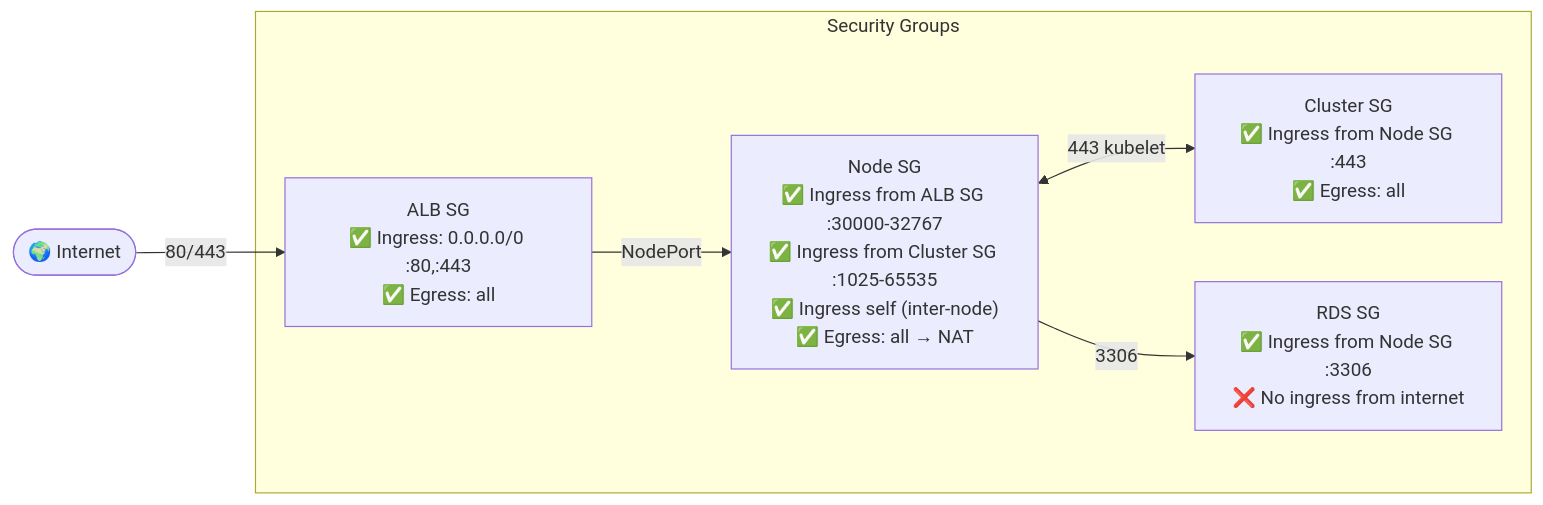
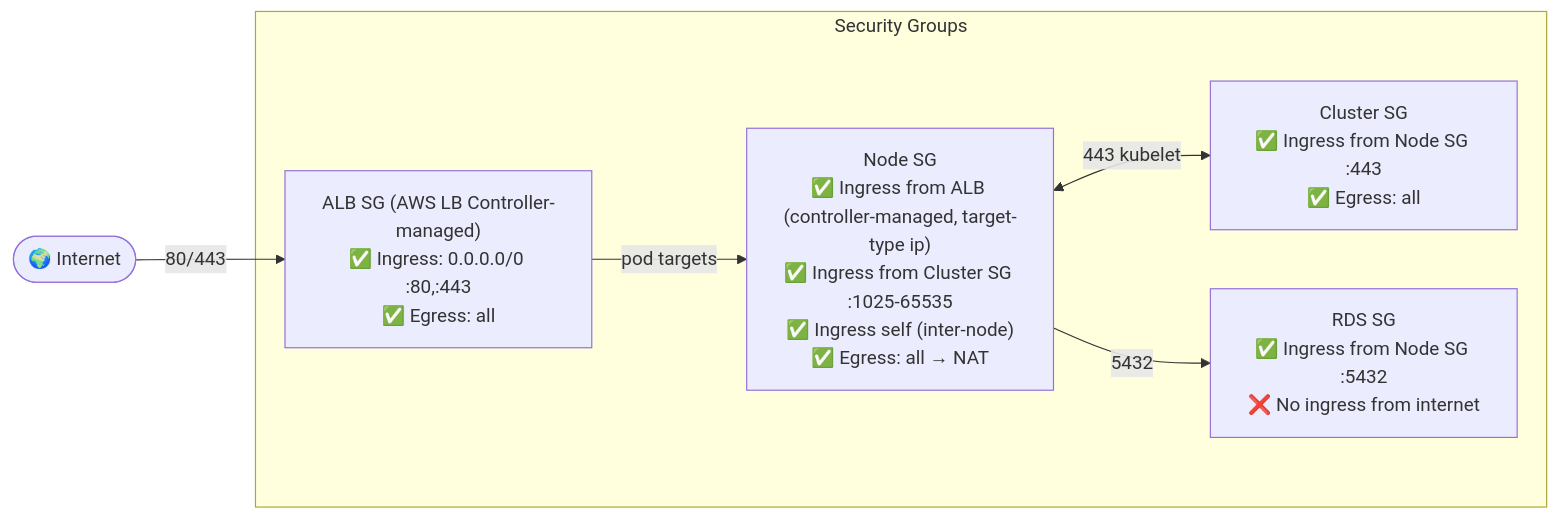
Before and after one commit to Github-Arun-Repo/terraform-labs: the third of 7 diagrams in terraform/README.md, drawn with Mermaid. The commit also changed other lines of this file and 87 other files, not shown here.

````diff
--- a/terraform/README.md
+++ b/terraform/README.md
@@ -118,17 +118,17 @@
 ```mermaid
 %%{init: {'theme':'default','flowchart':{'useMaxWidth':true,'htmlLabels':true}}}%%
 flowchart LR
 	INET(["🌍 Internet"])
 
 	subgraph SGS["Security Groups"]
-		ALB_SG["ALB SG\n✅ Ingress: 0.0.0.0/0 :80,:443\n✅ Egress: all"]
-		NODE_SG["Node SG\n✅ Ingress from ALB SG :30000-32767\n✅ Ingress from Cluster SG :1025-65535\n✅ Ingress self (inter-node)\n✅ Egress: all → NAT"]
+		ALB_SG["ALB SG (AWS LB Controller-managed)\n✅ Ingress: 0.0.0.0/0 :80,:443\n✅ Egress: all"]
+		NODE_SG["Node SG\n✅ Ingress from ALB (controller-managed, target-type ip)\n✅ Ingress from Cluster SG :1025-65535\n✅ Ingress self (inter-node)\n✅ Egress: all → NAT"]
 		CLUSTER_SG["Cluster SG\n✅ Ingress from Node SG :443\n✅ Egress: all"]
-		RDS_SG["RDS SG\n✅ Ingress from Node SG :3306\n❌ No ingress from internet"]
+		RDS_SG["RDS SG\n✅ Ingress from Node SG :5432\n❌ No ingress from internet"]
 	end
 
 	INET -->|"80/443"| ALB_SG
-	ALB_SG -->|"NodePort"| NODE_SG
+	ALB_SG -->|"pod targets"| NODE_SG
 	NODE_SG <-->|"443 kubelet"| CLUSTER_SG
-	NODE_SG -->|"3306"| RDS_SG
+	NODE_SG -->|"5432"| RDS_SG
 ```
````
